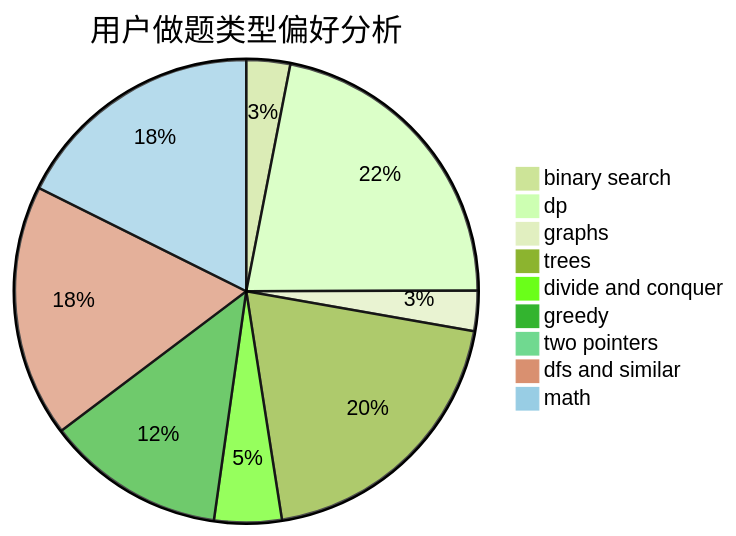
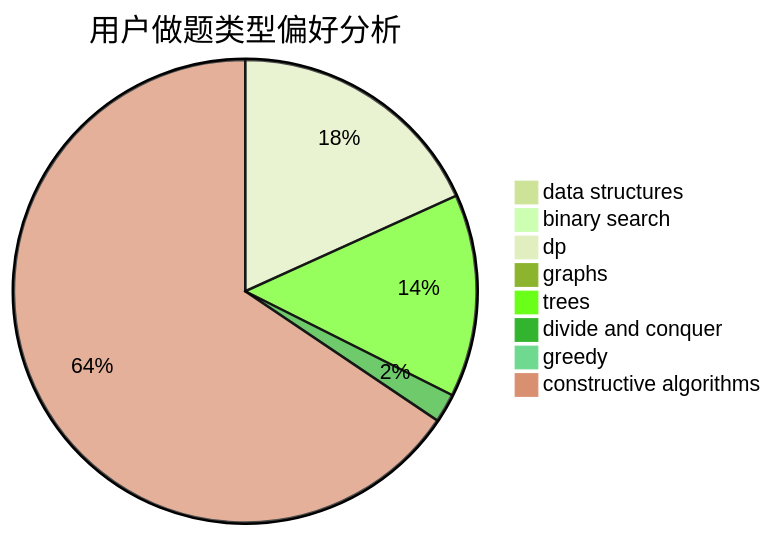
One commit to sherpahu/cfrs.github.io changed the second of 3 diagrams in docs/user/u2740.md. Above: the diagram before and after it, drawn with Mermaid (forest theme). The commit also changed other lines of this file and 2775 other files, not shown here.

````diff
--- a/docs/user/u2740.md
+++ b/docs/user/u2740.md
@@ -23,12 +23,11 @@
 ```mermaid
 pie title 用户做题类型偏好分析
-    "binary search" :  13
-    "dp" :  93
-    "graphs" :  12
-    "trees" :  84
-    "divide and conquer" :  20
-    "greedy" :  53
-    "two pointers" :  0
-    "dfs and similar" :  75
-    "math" :  75
+    "data structures" :  1
+    "binary search" :  1
+    "dp" :  72
+    "graphs" :  2
+    "trees" :  56
+    "divide and conquer" :  8
+    "greedy" :  4
+    "constructive algorithms" :  259
 ```
````
